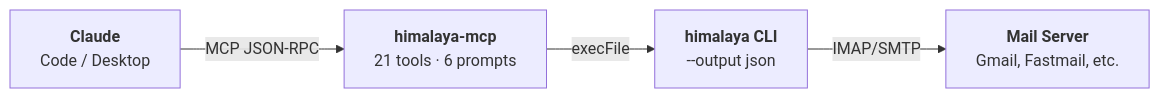
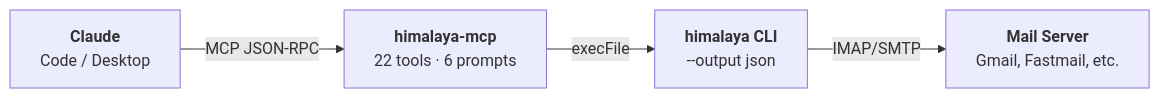
The diagram in docs/index.md (Data-Wise/himalaya-mcp), drawn with Mermaid before and after one commit. The commit also changed 15 other files, not shown here.

````diff
--- a/docs/index.md
+++ b/docs/index.md
@@ -67,10 +67,10 @@
 ```mermaid
 flowchart LR
     A["`**Claude**
     Code / Desktop`"] -->|MCP JSON-RPC| B["`**himalaya-mcp**
-    21 tools · 6 prompts`"]
+    22 tools · 6 prompts`"]
     B -->|execFile| C["`**himalaya CLI**
     --output json`"]
     C -->|IMAP/SMTP| D["`**Mail Server**
     Gmail, Fastmail, etc.`"]
 ```
````
